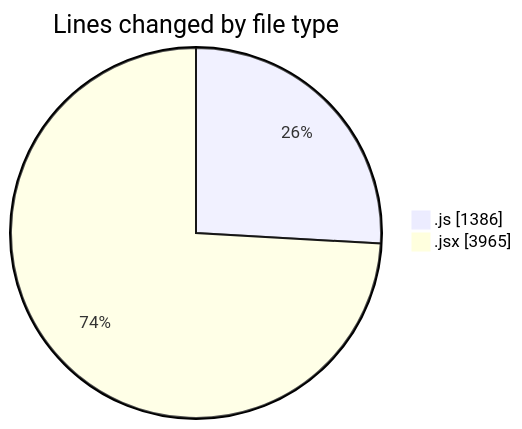
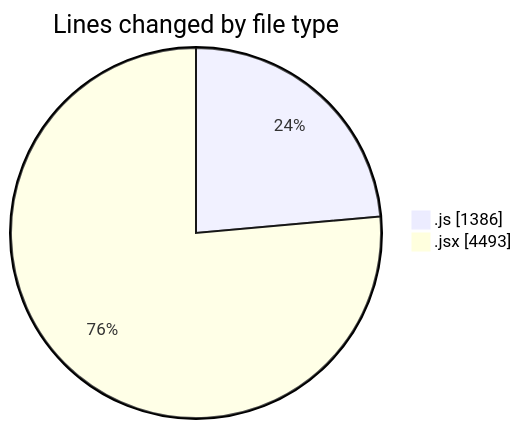
The first of 2 diagrams in 2025-07-29/nxtqube_webapp/README.md (nxtqubesakshisongat/code-tracking), drawn with Mermaid before and after one commit. The commit also changed other lines of this file and 1 other file, not shown here.

````diff
--- a/2025-07-29/nxtqube_webapp/README.md
+++ b/2025-07-29/nxtqube_webapp/README.md
@@ -31,6 +31,6 @@
 ```mermaid
 pie showData
 title Lines changed by file type
 ".js" : 1386
-".jsx" : 3965
+".jsx" : 4493
 ```
````
